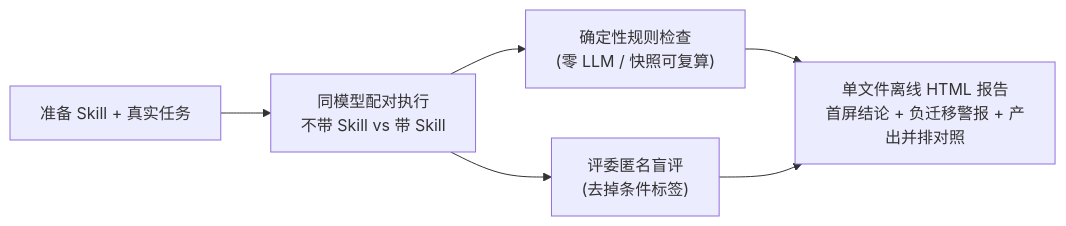
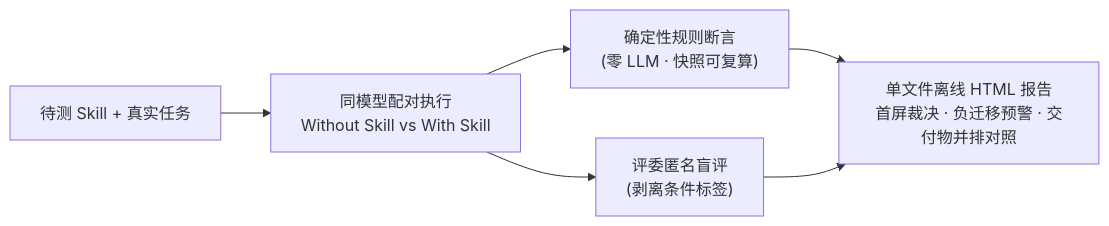
Before and after one commit to dylanma8232-art/daming-skillgain: the diagram in README.md, drawn with Mermaid. The commit also changed other lines of this file and 20 other files, not shown here.

````diff
--- a/README.md
+++ b/README.md
@@ -94,8 +120,8 @@
 ```mermaid
 flowchart LR
-    A["准备 Skill + 真实任务"] --> B["同模型配对执行<br/>不带 Skill vs 带 Skill"]
-    B --> C["确定性规则检查<br/>(零 LLM / 快照可复算)"]
-    B --> D["评委匿名盲评<br/>(去掉条件标签)"]
-    C --> E["单文件离线 HTML 报告<br/>首屏结论 + 负迁移警报 + 产出并排对照"]
+    A["待测 Skill + 真实任务"] --> B["同模型配对执行<br/>Without Skill vs With Skill"]
+    B --> C["确定性规则断言<br/>(零 LLM · 快照可复算)"]
+    B --> D["评委匿名盲评<br/>(剥离条件标签)"]
+    C --> E["单文件离线 HTML 报告<br/>首屏裁决 · 负迁移预警 · 交付物并排对照"]
     D --> E
 ```
````
